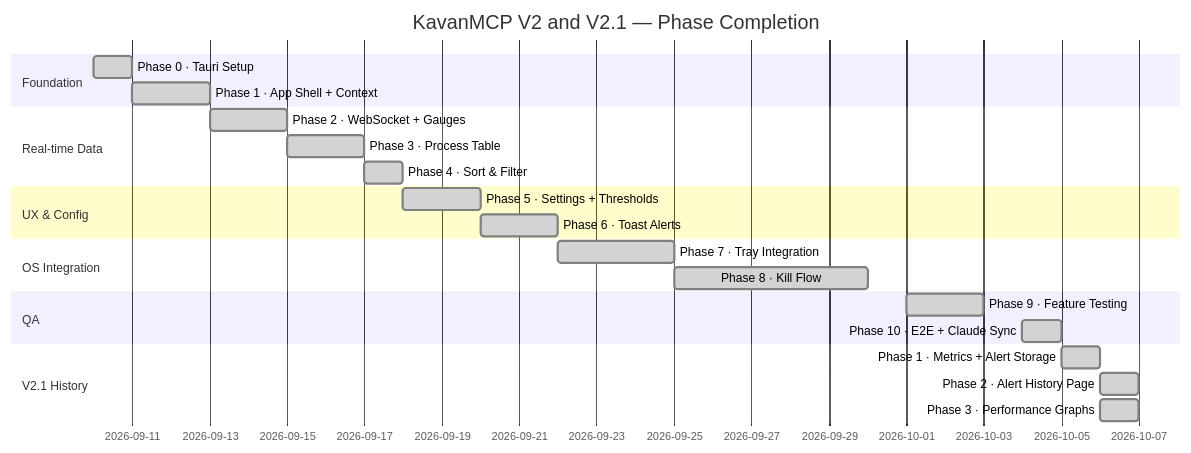
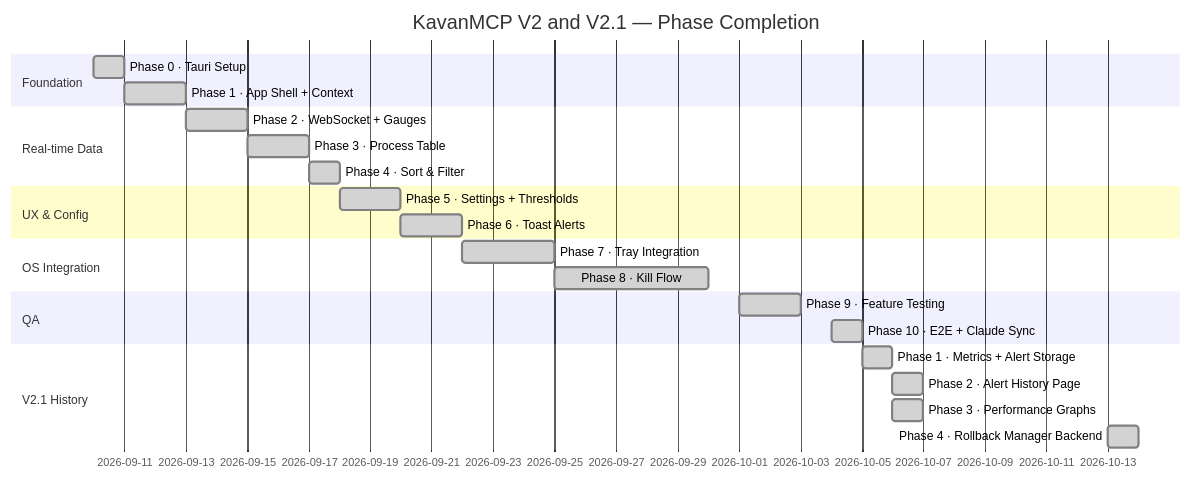
Before and after one commit to Rahul-8283/KavanMCP: the sixth of 7 diagrams in README.md, drawn with Mermaid. The commit also changed other lines of this file and 1 other file, not shown here.

First line of the commit message:
docs: update the README, test count and last commit for V2.1 phase 4

````diff
--- a/README.md
+++ b/README.md
@@ -275,25 +277,26 @@
 ```mermaid
 gantt
     title KavanMCP V2 and V2.1 — Phase Completion
     dateFormat YYYY-MM-DD
     section Foundation
     Phase 0 · Tauri Setup          :done, 2026-09-10, 1d
     Phase 1 · App Shell + Context  :done, 2026-09-11, 2d
     section Real-time Data
     Phase 2 · WebSocket + Gauges   :done, 2026-09-13, 2d
     Phase 3 · Process Table        :done, 2026-09-15, 2d
     Phase 4 · Sort & Filter        :done, 2026-09-17, 1d
     section UX & Config
     Phase 5 · Settings + Thresholds:done, 2026-09-18, 2d
     Phase 6 · Toast Alerts         :done, 2026-09-20, 2d
     section OS Integration
     Phase 7 · Tray Integration     :done, 2026-09-22, 3d
     Phase 8 · Kill Flow            :done, 2026-09-25, 5d
     section QA
     Phase 9 · Feature Testing      :done, 2026-10-01, 2d
     Phase 10 · E2E + Claude Sync   :done, 2026-10-04, 1d
     section V2.1 History
     Phase 1 · Metrics + Alert Storage :done, 2026-10-05, 1d
     Phase 2 · Alert History Page      :done, 2026-10-06, 1d
     Phase 3 · Performance Graphs      :done, 2026-10-06, 1d
+    Phase 4 · Rollback Manager Backend :done, 2026-10-13, 1d
 ```
````
